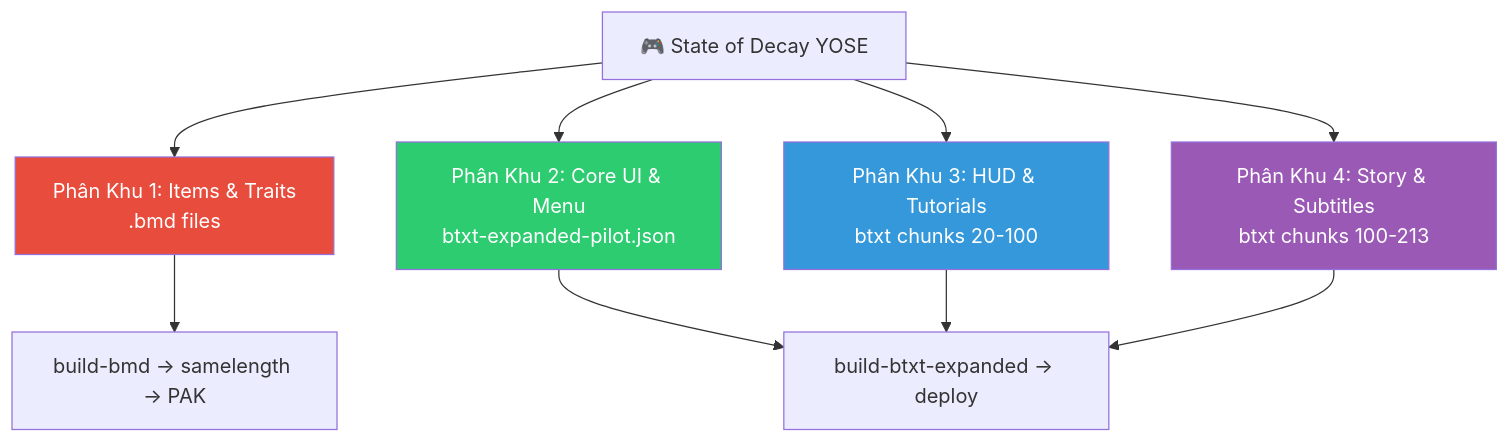
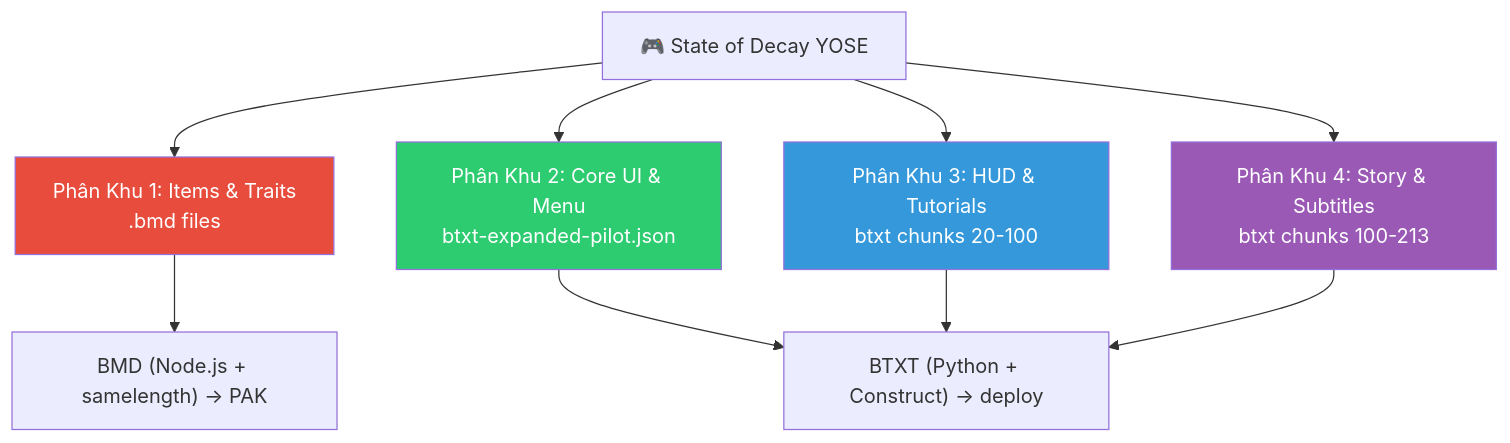
Before and after one commit to hungnm3112/Viethoa-game-v2: the diagram in PROJECT_PLAN.md, drawn with Mermaid. The commit also changed other lines of this file and 18 other files, not shown here.

Commit message:
docs: update plan and architecture logs for python hybrid approach

````diff
--- a/PROJECT_PLAN.md
+++ b/PROJECT_PLAN.md
@@ -39,17 +39,17 @@
 ```mermaid
 graph TD
     A["🎮 State of Decay YOSE"] --> B["Phân Khu 1: Items & Traits<br/>.bmd files"]
     A --> C["Phân Khu 2: Core UI & Menu<br/>btxt-expanded-pilot.json"]
     A --> D["Phân Khu 3: HUD & Tutorials<br/>btxt chunks 20-100"]
     A --> E["Phân Khu 4: Story & Subtitles<br/>btxt chunks 100-213"]
     
-    B --> F["build-bmd → samelength → PAK"]
-    C --> G["build-btxt-expanded → deploy"]
+    B --> F["BMD (Node.js + samelength) → PAK"]
+    C --> G["BTXT (Python + Construct) → deploy"]
     D --> G
     E --> G
     
     style B fill:#e74c3c,color:#fff
     style C fill:#2ecc71,color:#fff
     style D fill:#3498db,color:#fff
     style E fill:#9b59b6,color:#fff
 ```
````
